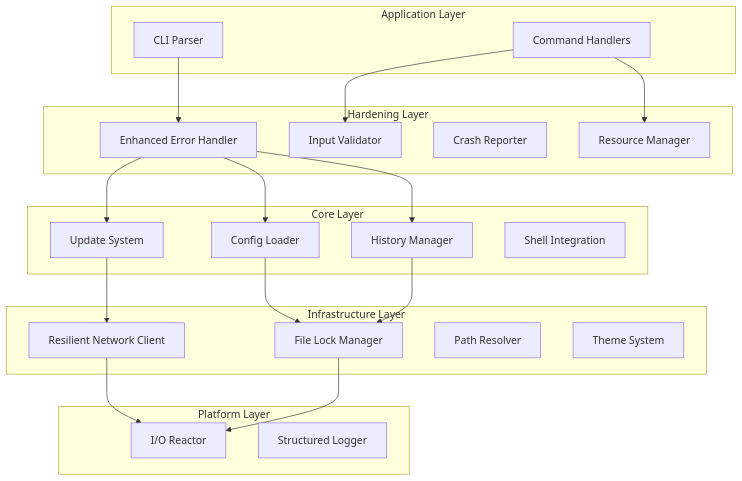
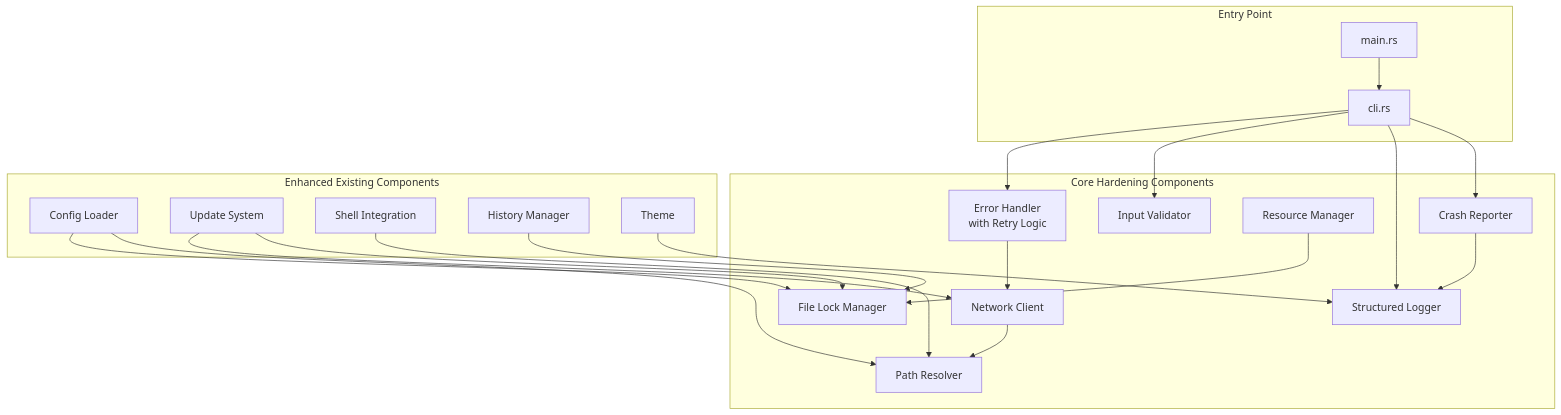
One commit to najmus-sakib-hossain/dx-www changed the diagram in crates/dx/.kiro/specs/dx-cli-hardening/design.md. Above: the diagram before and after it, drawn with Mermaid. The commit also changed other lines of this file and 30 other files, not shown here.

````diff
--- a/crates/dx/.kiro/specs/dx-cli-hardening/design.md
+++ b/crates/dx/.kiro/specs/dx-cli-hardening/design.md
@@ -11,49 +11,45 @@
 ```mermaid
 graph TB
-    subgraph "Application Layer"
-        CLI[CLI Parser]
-        Commands[Command Handlers]
+    subgraph "Entry Point"
+        Main[main.rs]
+        CLI[cli.rs]
     end
+
+    subgraph "Core Hardening Components"
+        EH[Error Handler<br/>with Retry Logic]
+        IV[Input Validator]
+        PR[Path Resolver]
+        FL[File Lock Manager]
+        NC[Network Client]
+        RM[Resource Manager]
+        CR[Crash Reporter]
+        SL[Structured Logger]
+    end
+
+    subgraph "Enhanced Existing Components"
+        CL[Config Loader]
+        US[Update System]
+        SI[Shell Integration]
+        HM[History Manager]
+        TH[Theme]
+    end
+
+    Main --> CLI
+    CLI --> EH
+    CLI --> IV
+    CLI --> SL
+    CLI --> CR
     
-    subgraph "Hardening Layer"
-        ErrorHandler[Enhanced Error Handler]
-        InputValidator[Input Validator]
-        CrashReporter[Crash Reporter]
-        ResourceManager[Resource Manager]
-    end
+    EH --> NC
+    NC --> PR
+    CL --> FL
+    CL --> PR
+    HM --> FL
+    US --> NC
+    US --> FL
+    SI --> PR
     
-    subgraph "Core Layer"
-        Config[Config Loader]
-        History[History Manager]
-        Update[Update System]
-        Shell[Shell Integration]
-    end
-    
-    subgraph "Infrastructure Layer"
-        NetworkClient[Resilient Network Client]
-        FileLock[File Lock Manager]
-        PathResolver[Path Resolver]
-        Theme[Theme System]
-    end
-    
-    subgraph "Platform Layer"
-        Reactor[I/O Reactor]
-        Logger[Structured Logger]
-    end
-    
-    CLI --> ErrorHandler
-    Commands --> InputValidator
-    Commands --> ResourceManager
-    
-    ErrorHandler --> Config
-    ErrorHandler --> History
-    ErrorHandler --> Update
-    
-    Config --> FileLock
-    History --> FileLock
-    Update --> NetworkClient
-    
-    NetworkClient --> Reactor
-    FileLock --> Reactor
-
+    RM --> FL
+    CR --> SL
+    TH --> SL
 ```
````
